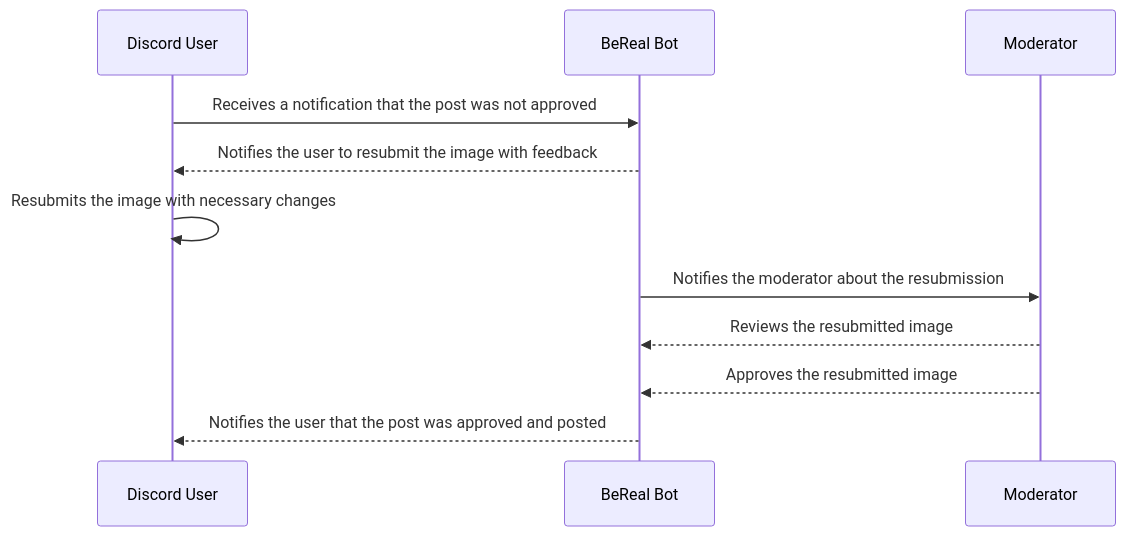
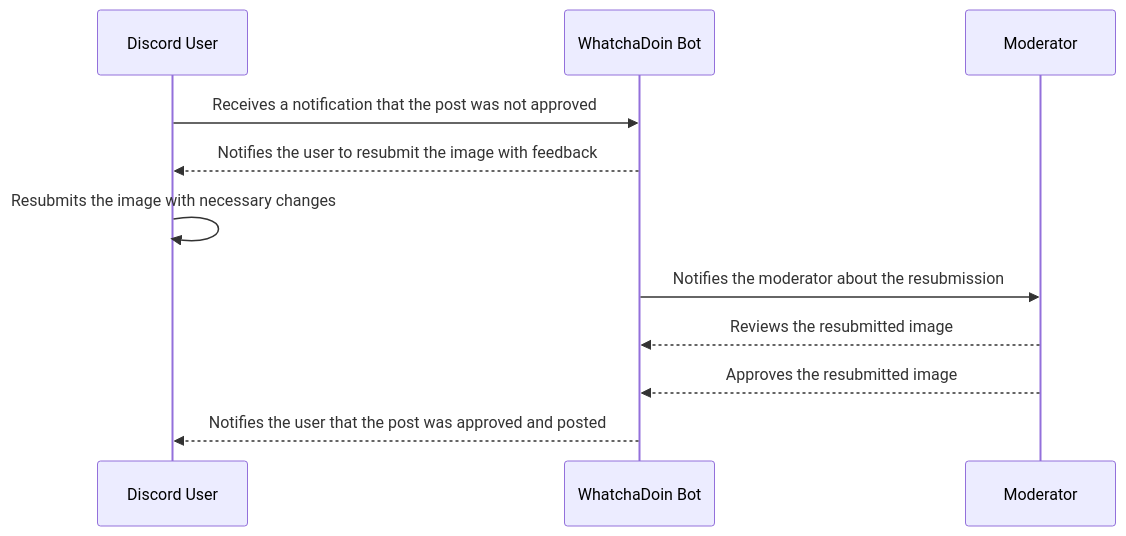
One commit to Capstone-Projects-2023-Fall/project-bereal-meets-slack changed the seventh of 11 diagrams in documentation/docs/system-architecture/design.md. Above: the diagram before and after it, drawn with Mermaid. The commit also changed other lines of this file, not shown here.

````diff
--- a/documentation/docs/system-architecture/design.md
+++ b/documentation/docs/system-architecture/design.md
@@ -356,16 +356,16 @@
 ```mermaid
 
 sequenceDiagram
     participant User as Discord User
-    participant BeRealBot as BeReal Bot
+    participant WhatchaDoinBot as WhatchaDoin Bot
     participant Moderator as Moderator
 
-    User ->> BeRealBot: Receives a notification that the post was not approved
-    BeRealBot -->> User: Notifies the user to resubmit the image with feedback
+    User ->> WhatchaDoinBot: Receives a notification that the post was not approved
+    WhatchaDoinBot -->> User: Notifies the user to resubmit the image with feedback
     User ->> User: Resubmits the image with necessary changes
-    BeRealBot ->> Moderator: Notifies the moderator about the resubmission
-    Moderator -->> BeRealBot: Reviews the resubmitted image
-    Moderator -->> BeRealBot: Approves the resubmitted image
-    BeRealBot -->> User: Notifies the user that the post was approved and posted
+    WhatchaDoinBot ->> Moderator: Notifies the moderator about the resubmission
+    Moderator -->> WhatchaDoinBot: Reviews the resubmitted image
+    Moderator -->> WhatchaDoinBot: Approves the resubmitted image
+    WhatchaDoinBot -->> User: Notifies the user that the post was approved and posted
 
 ```
````
